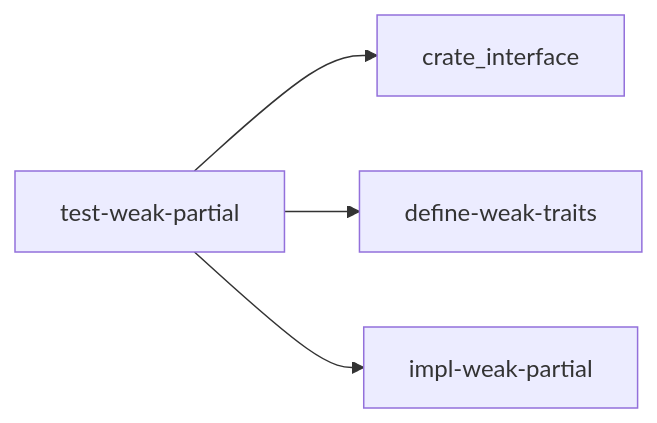
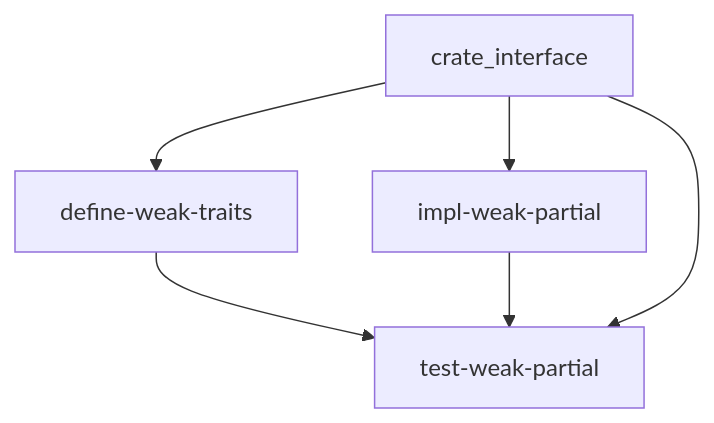
The second of 2 diagrams in docs/crates/test-weak-partial.md (rcore-os/tgoskits), drawn with Mermaid before and after one commit. The commit also changed other lines of this file and 99 other files, not shown here.

````diff
--- a/docs/crates/test-weak-partial.md
+++ b/docs/crates/test-weak-partial.md
@@ -32,7 +114,8 @@
 ```mermaid
-graph LR
-    current["test-weak-partial"]
-    current --> crate_interface["crate_interface"]
-    current --> define_weak_traits["define-weak-traits"]
-    current --> impl_weak_partial["impl-weak-partial"]
+graph TD
+    A[define-weak-traits] --> C[test-weak-partial]
+    B[impl-weak-partial] --> C
+    D[crate_interface] --> A
+    D --> B
+    D --> C
 ```
````
